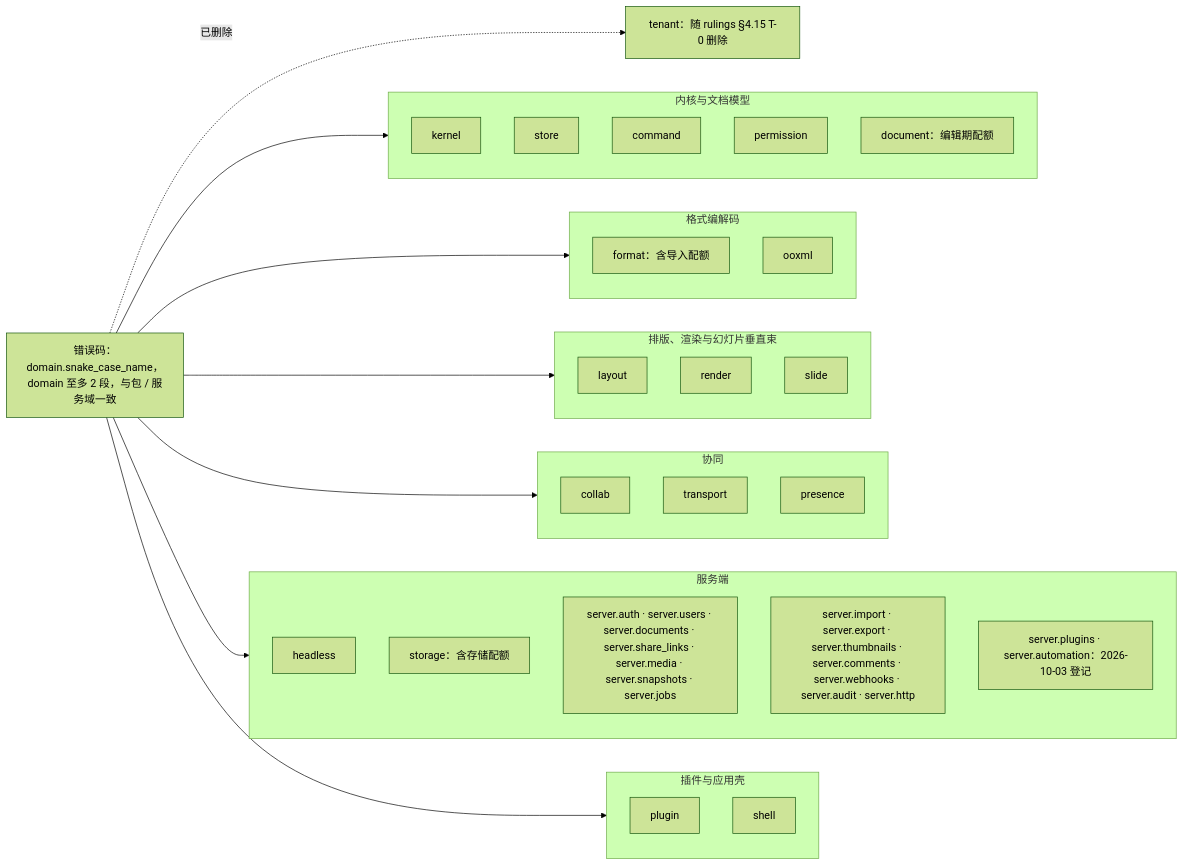
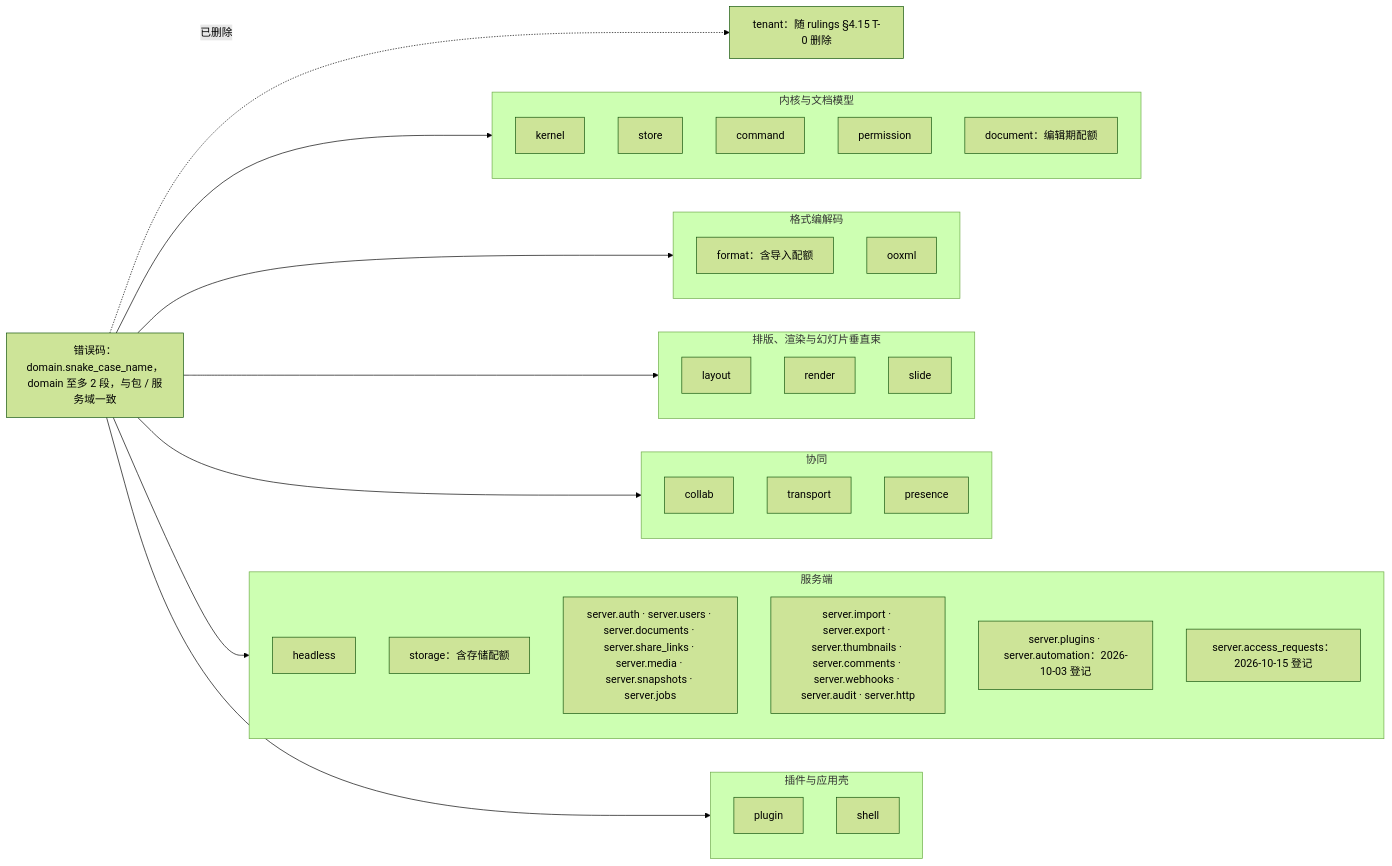
The second of 9 diagrams in docs/30-architecture/10-observability-and-errors.md (Xeonice/cordis-ppt-editor), drawn with Mermaid (forest theme) before and after one commit. The commit also changed other lines of this file and 43 other files, not shown here.

````diff
--- a/docs/30-architecture/10-observability-and-errors.md
+++ b/docs/30-architecture/10-observability-and-errors.md
@@ -74,39 +74,40 @@
 ```mermaid
 flowchart LR
   code["错误码：domain.snake_case_name，domain 至多 2 段，与包 / 服务域一致"]
   subgraph coreG["内核与文档模型"]
     dKernel["kernel"]
     dStore["store"]
     dCommand["command"]
     dPermission["permission"]
     dDocument["document：编辑期配额"]
   end
   subgraph formatG["格式编解码"]
     dFormat["format：含导入配额"]
     dOoxml["ooxml"]
   end
   subgraph renderG["排版、渲染与幻灯片垂直束"]
     dLayout["layout"]
     dRender["render"]
     dSlide["slide"]
   end
   subgraph collabG["协同"]
     dCollab["collab"]
     dTransport["transport"]
     dPresence["presence"]
   end
   subgraph serverG["服务端"]
     dHeadless["headless"]
     dStorage["storage：含存储配额"]
     dServer["server.auth · server.users · server.documents · server.share_links · server.media · server.snapshots · server.jobs"]
     dServer2["server.import · server.export · server.thumbnails · server.comments · server.webhooks · server.audit · server.http"]
     dServer3["server.plugins · server.automation：2026-10-03 登记"]
+    dServer4["server.access_requests：2026-10-15 登记"]
   end
   subgraph shellG["插件与应用壳"]
     dPlugin["plugin"]
     dShell["shell"]
   end
   removed["tenant：随 rulings §4.15 T-0 删除"]
   code --> coreG & formatG & renderG & collabG & serverG & shellG
   code -. "已删除" .-> removed
 ```
````
